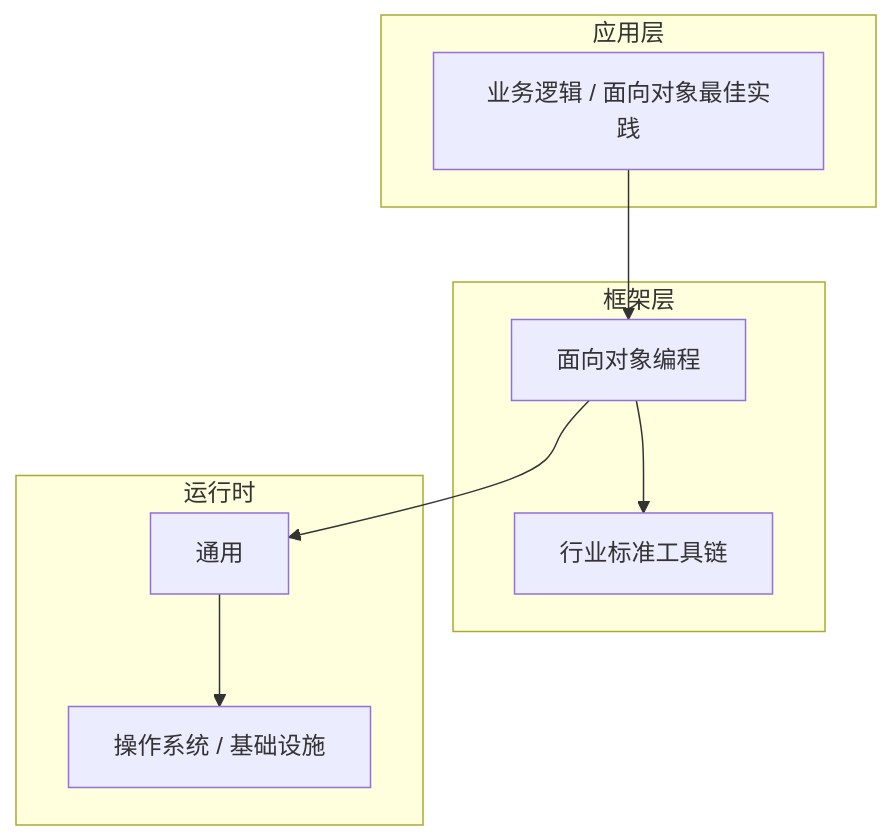
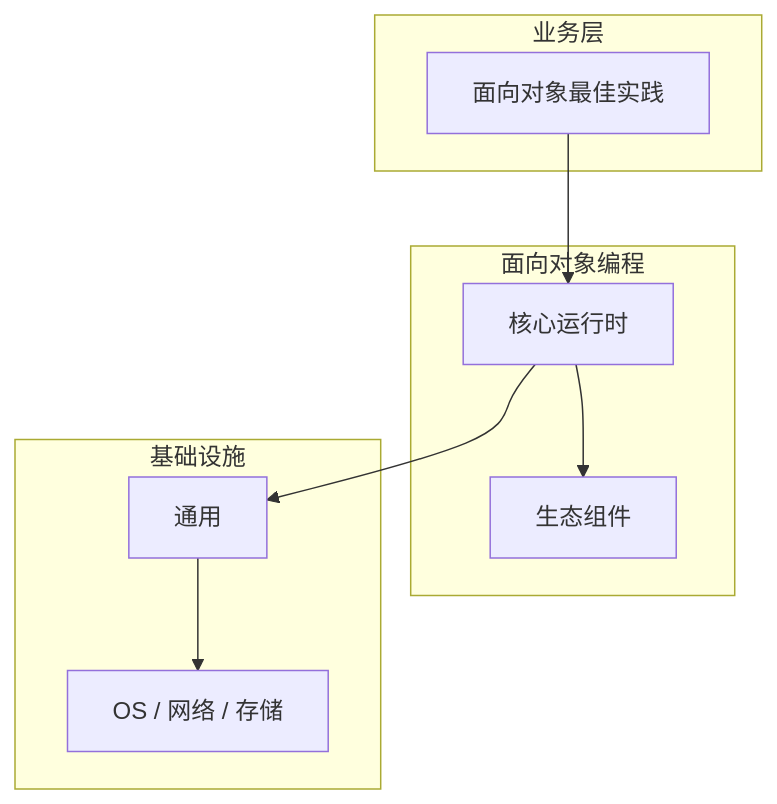
One commit to yanggan2015/knowledge-json-v2 changed the diagram in articles/面向对象编程/chapters/076-面向对象最佳实践核心概念与原理.md. Above: the diagram before and after it, drawn with Mermaid. The commit also changed other lines of this file and 10127 other files, not shown here.

````diff
--- a/articles/面向对象编程/chapters/076-面向对象最佳实践核心概念与原理.md
+++ b/articles/面向对象编程/chapters/076-面向对象最佳实践核心概念与原理.md
@@ -45,18 +34,18 @@
 ```mermaid
 graph TB
-    subgraph 应用层
-        A[业务逻辑 / 面向对象最佳实践]
+    subgraph 业务层
+        A[面向对象最佳实践]
     end
-    subgraph 框架层
-        B[面向对象编程]
-        C[行业标准工具链]
+    subgraph 面向对象编程
+        B[核心运行时]
+        C[生态组件]
     end
-    subgraph 运行时
+    subgraph 基础设施
         D[通用]
-        E[操作系统 / 基础设施]
+        E[OS / 网络 / 存储]
     end
     A --> B
     B --> C
     B --> D
     D --> E
 ```
````
